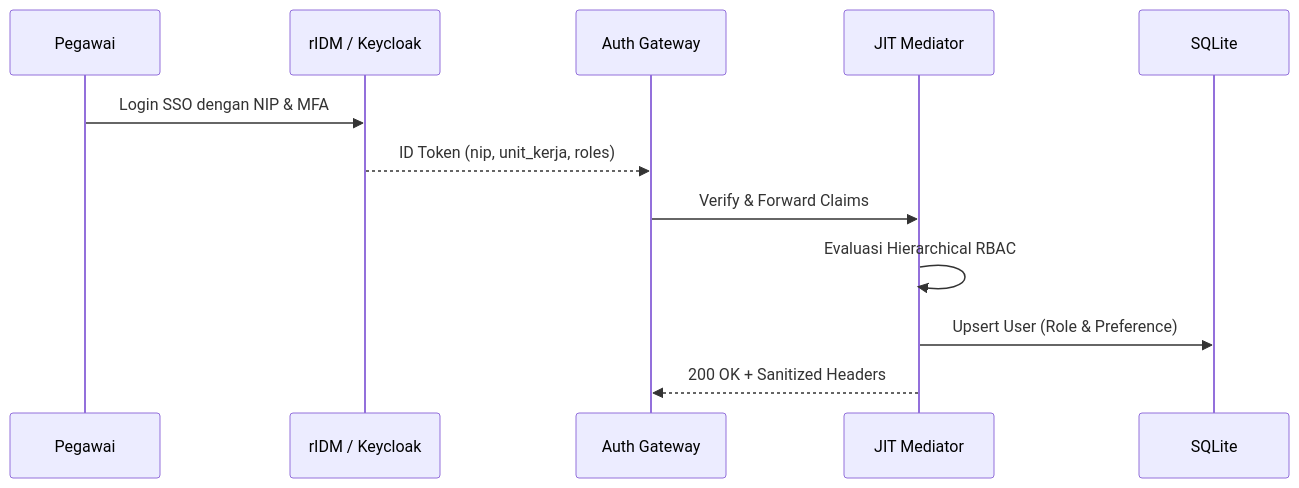
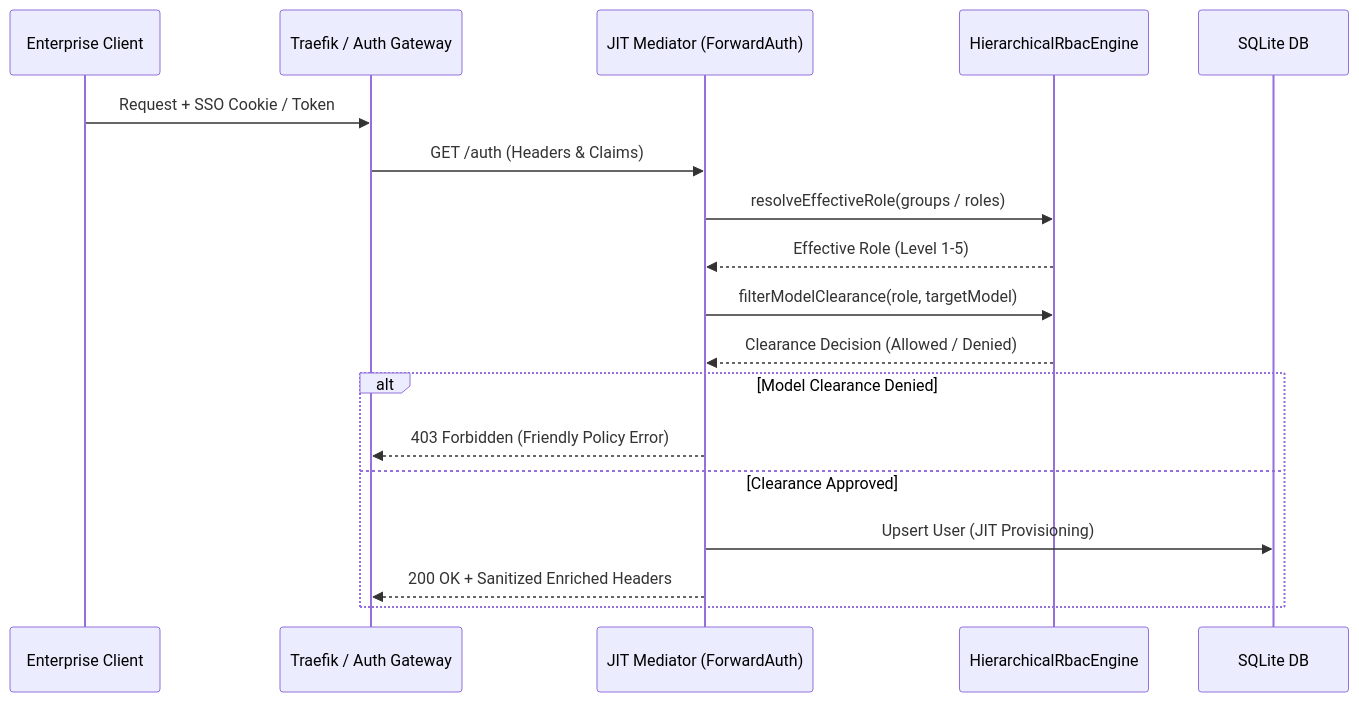
Before and after one commit to ipds6104/llumen-enterprise-stack: the diagram in docs/roadmap/01_PHASE_1_IDENTITY_FEDERATION_AND_RBAC.md, drawn with Mermaid. The commit also changed other lines of this file and 9 other files, not shown here.

Commit message:
feat(rbac): implement universal hierarchical RBAC engine and model clearance tiers

````diff
--- a/docs/roadmap/01_PHASE_1_IDENTITY_FEDERATION_AND_RBAC.md
+++ b/docs/roadmap/01_PHASE_1_IDENTITY_FEDERATION_AND_RBAC.md
@@ -25,15 +33,21 @@
 ```mermaid
 sequenceDiagram
-    participant User as Pegawai
-    participant IdP as rIDM / Keycloak
-    participant Gateway as Auth Gateway
-    participant JIT as JIT Mediator
-    participant DB as SQLite
+    participant User as Enterprise Client
+    participant Gateway as Traefik / Auth Gateway
+    participant JIT as JIT Mediator (ForwardAuth)
+    participant RBAC as HierarchicalRbacEngine
+    participant DB as SQLite DB
 
-    User->>IdP: Login SSO dengan NIP & MFA
-    IdP-->>Gateway: ID Token (nip, unit_kerja, roles)
-    Gateway->>JIT: Verify & Forward Claims
-    JIT->>JIT: Evaluasi Hierarchical RBAC
-    JIT->>DB: Upsert User (Role & Preference)
-    JIT-->>Gateway: 200 OK + Sanitized Headers
+    User->>Gateway: Request + SSO Cookie / Token
+    Gateway->>JIT: GET /auth (Headers & Claims)
+    JIT->>RBAC: resolveEffectiveRole(groups / roles)
+    RBAC-->>JIT: Effective Role (Level 1-5)
+    JIT->>RBAC: filterModelClearance(role, targetModel)
+    RBAC-->>JIT: Clearance Decision (Allowed / Denied)
+    alt Model Clearance Denied
+        JIT-->>Gateway: 403 Forbidden (Friendly Policy Error)
+    else Clearance Approved
+        JIT->>DB: Upsert User (JIT Provisioning)
+        JIT-->>Gateway: 200 OK + Sanitized Enriched Headers
+    end
 ```
````
